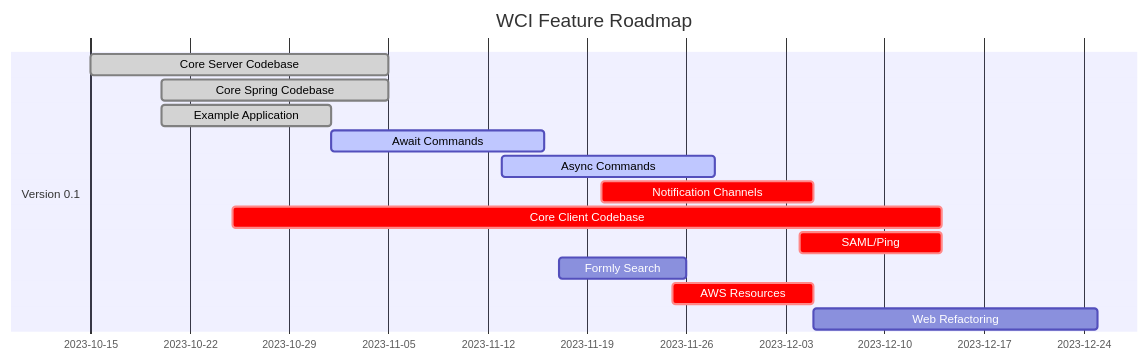
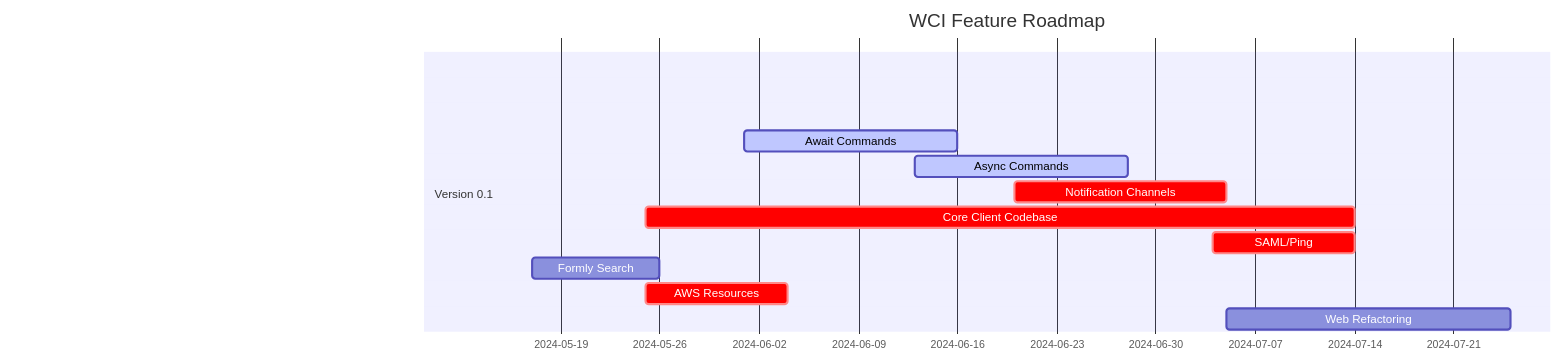
One commit to dan-lugg/luggsoft-wci-v1 changed the first of 3 diagrams in README.md. Above: the diagram before and after it, drawn with Mermaid. The commit also changed other lines of this file and 43 other files, not shown here.

Commit message:
Rename refactoring from Await to Query (not final) and started adding support for persistence/ORM

````diff
--- a/README.md
+++ b/README.md
@@ -31,17 +30,17 @@
 ```mermaid
 gantt
     title WCI Feature Roadmap
     dateFormat YYYY-MM-DD
     section Version 0.1
-        Core Server Codebase  : done,   cf1,  2023-10-15, 2023-11-05
-        Core Spring Codebase  : done,   cf2,  2023-10-20, 2023-11-05
-        Example Application   : done,   cf3,  2023-10-20, 2023-11-01
-        Await Commands        : active, cf4,  2023-11-01, 15d
-        Async Commands        : active, cf5,  2023-11-13, 15d
-        Notification Channels : crit,   cf6,  2023-11-20, 15d
-        Core Client Codebase  : crit,   cf7,  2023-10-25, 50d
-        SAML/Ping             : crit,   cf8,  2023-12-04, 10d
-        Formly Search         :         cf9,  2023-11-17, 9d
-        AWS Resources         : crit,   cf10, 2023-11-25, 10d
-        Web Refactoring       :         cf11, 2023-12-05, 20d
+        Core Server Codebase  : done,   cf1,  2024-05-15, 2023-11-05
+        Core Spring Codebase  : done,   cf2,  2024-05-20, 2023-11-05
+        Example Application   : done,   cf3,  2024-05-20, 2023-11-01
+        Await Commands        : active, cf4,  2024-06-01, 15d
+        Async Commands        : active, cf5,  2024-06-13, 15d
+        Notification Channels : crit,   cf6,  2024-06-20, 15d
+        Core Client Codebase  : crit,   cf7,  2024-05-25, 50d
+        SAML/Ping             : crit,   cf8,  2024-07-04, 10d
+        Formly Search         :         cf9,  2024-05-17, 9d
+        AWS Resources         : crit,   cf10, 2024-05-25, 10d
+        Web Refactoring       :         cf11, 2024-07-05, 20d
 ```
````
